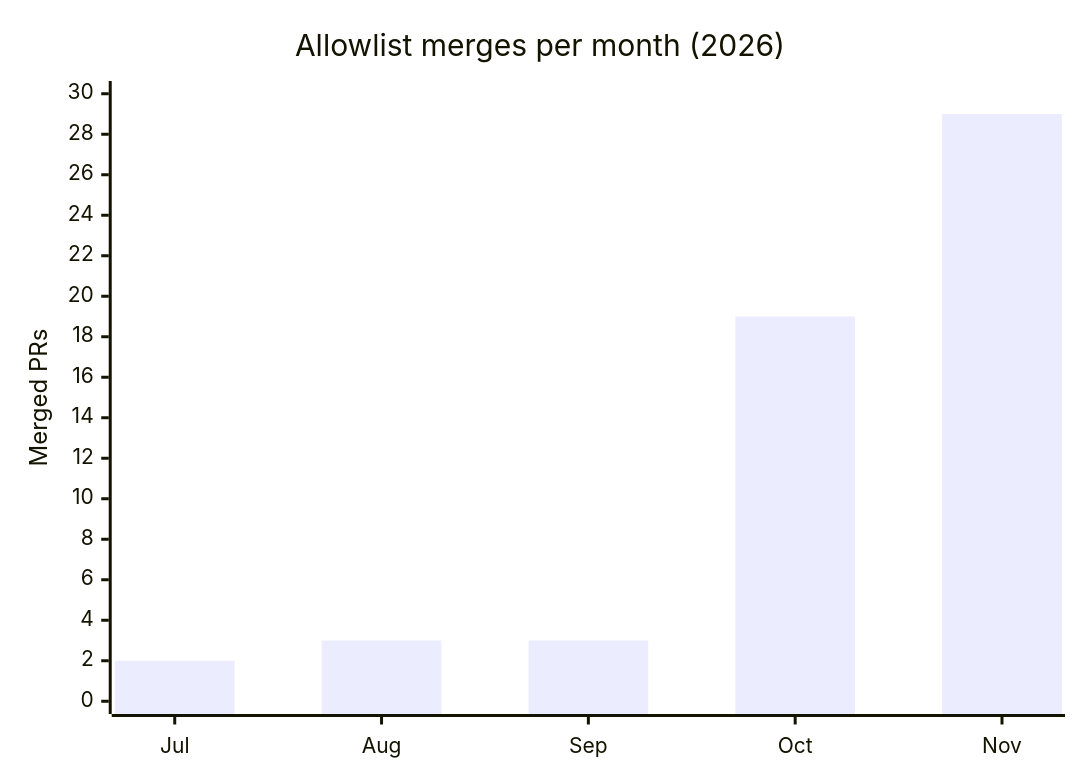
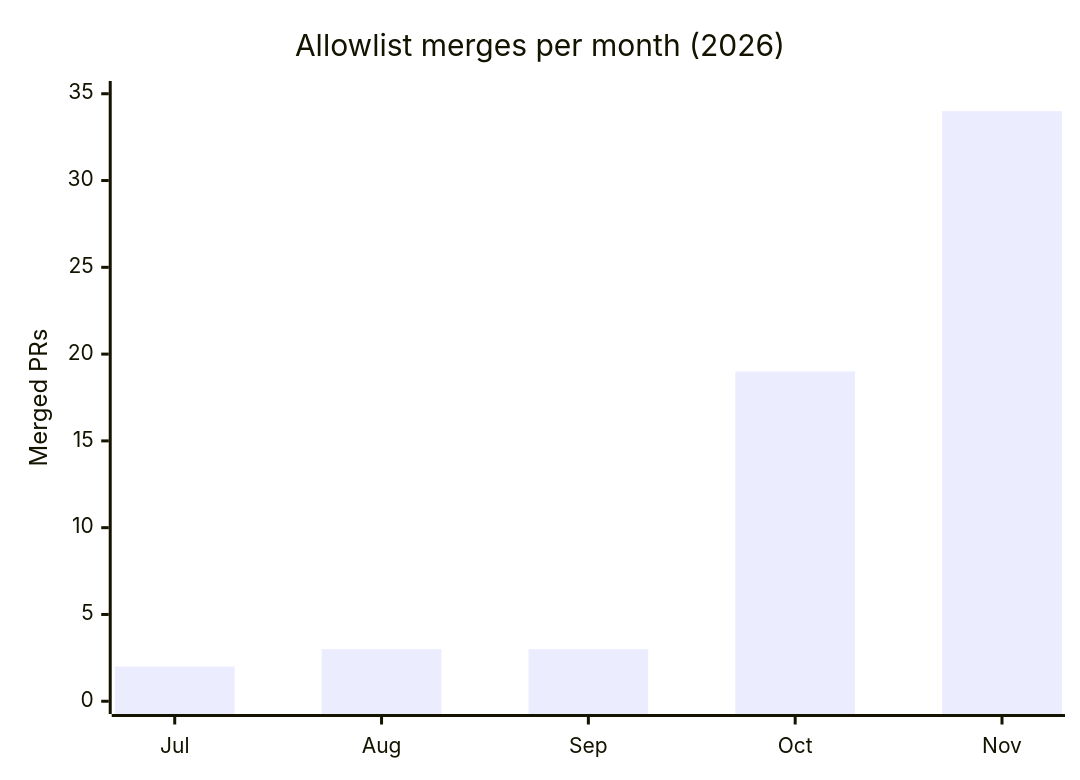
Before and after one commit to mangeshraut712/mangeshraut712: the second of 2 diagrams in README.md, drawn with Mermaid. The commit also changed other lines of this file, not shown here.

Commit message:
docs(profile): refresh contribution totals and reconcile charts

````diff
--- a/README.md
+++ b/README.md
@@ -270,7 +270,7 @@
 ```mermaid
 xychart-beta
   title "Allowlist merges per month (2026)"
   x-axis [Jul, Aug, Sep, Oct, Nov]
-  y-axis "Merged PRs" 0 --> 30
-  bar [2, 3, 3, 19, 29]
+  y-axis "Merged PRs" 0 --> 35
+  bar [2, 3, 3, 19, 34]
 ```
````
